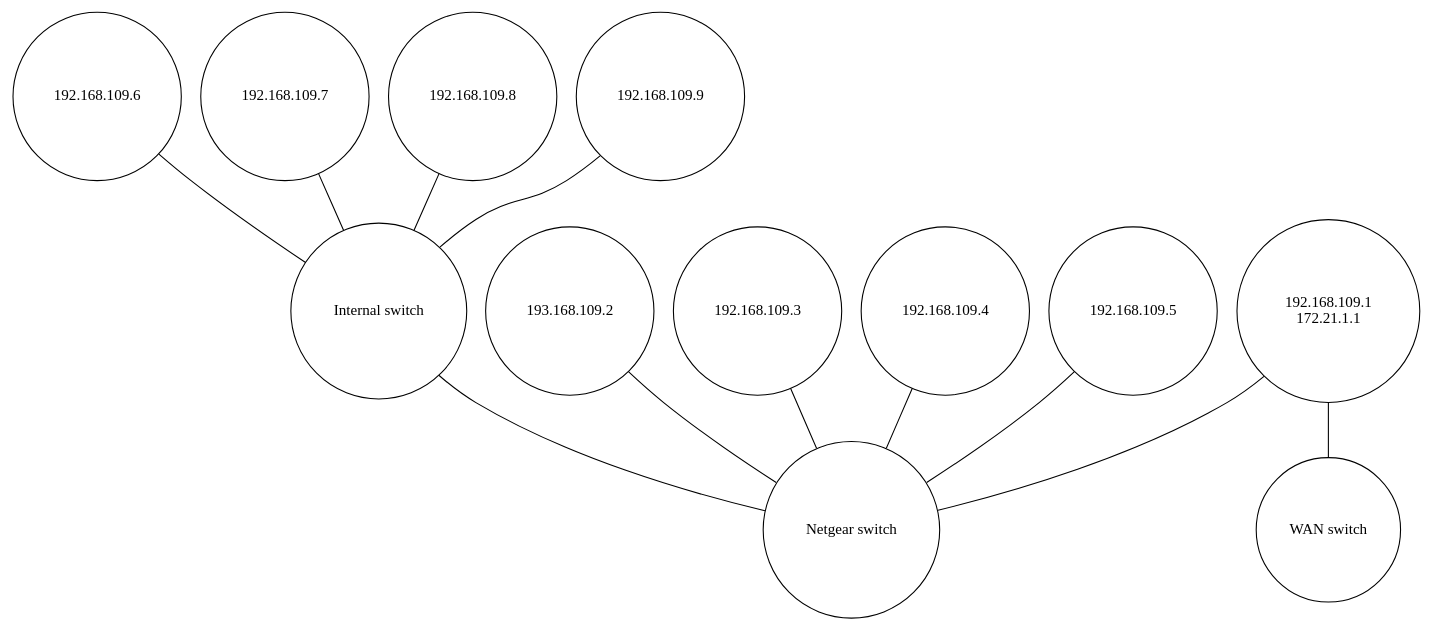
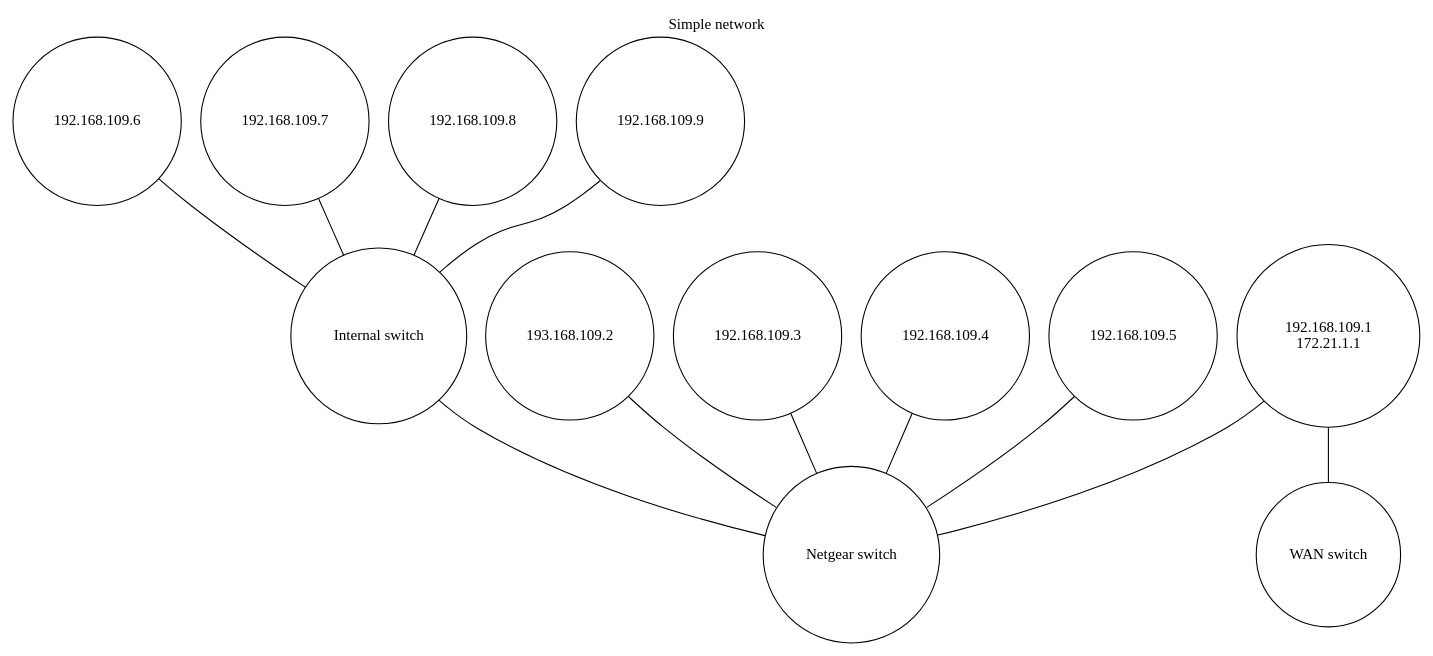
One commit to deanturpin/alpha changed the diagram in dot/network.dot. Above: the diagram before and after it, drawn with Graphviz. The commit also changed 1 other file, not shown here.

Commit message:
add title to network

```diff
--- a/dot/network.dot
+++ b/dot/network.dot
@@ -1,40 +1,43 @@
 graph
 {
+	labelloc="t";
+	label="Simple network";
+
 	// Highlighting
 	node [style=filled fillcolor=white]
 	node [shape=circle]
 	s1 [label="Netgear switch"]
 	s2 [label="Internal switch"]
 
 	// 
 	a [label="192.168.109.1\n172.21.1.1"]
 	b [label="193.168.109.2"]
 	c [label="192.168.109.3"]
 	d [label="192.168.109.4"]
 	e [label="192.168.109.5"]
 
 	// 
 	w [label="192.168.109.6"]
 	x [label="192.168.109.7"]
 	y [label="192.168.109.8"]
 	z [label="192.168.109.9"]
 
 	w1 [label="WAN switch"]
 
 	// Interconnections
 
 	a -- w1
 
 	a -- s1
 	b -- s1
 	c -- s1
 	d -- s1
 	e -- s1
 
 	s2 -- s1
 
 	z -- s2
 	y -- s2
 	x -- s2
 	w -- s2
 }
```
